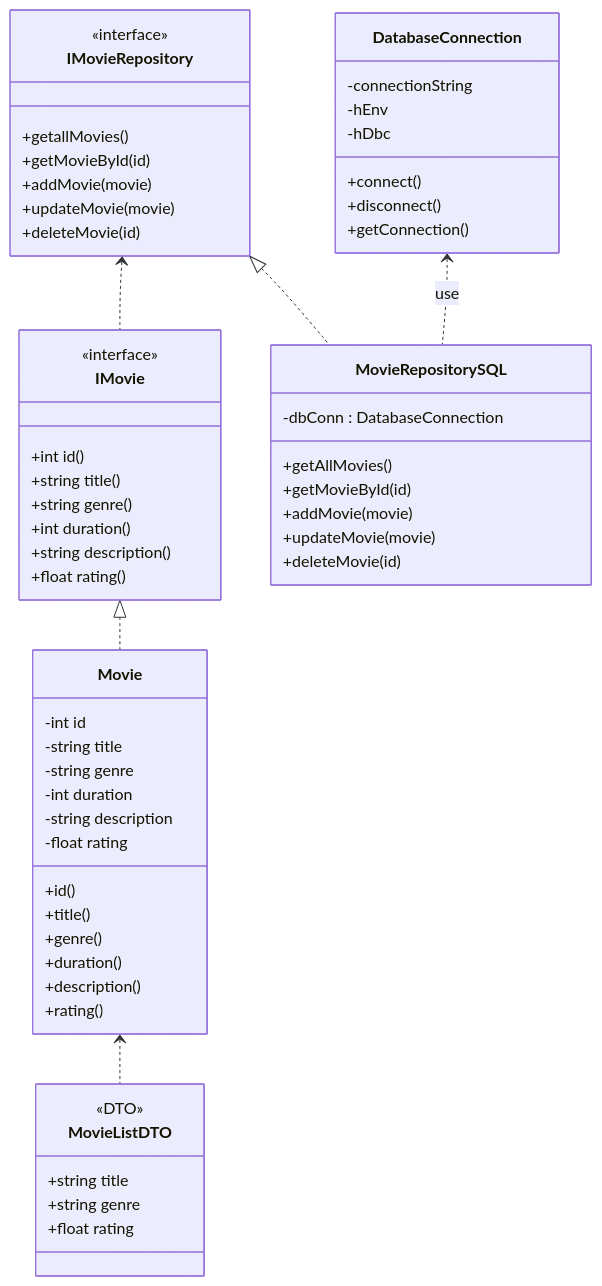
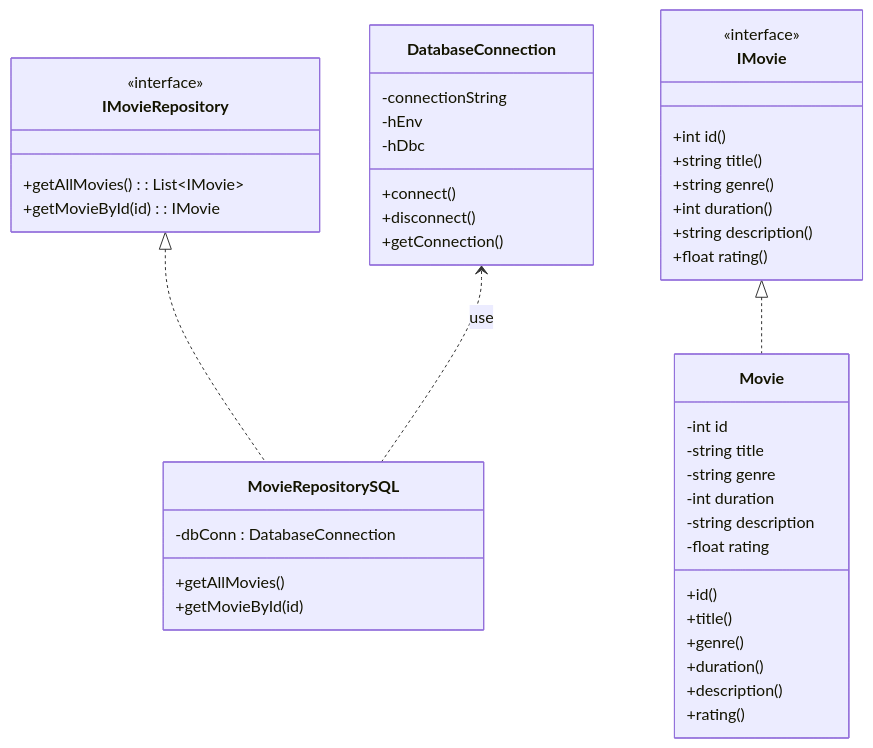
Before and after one commit to kqanGit/MovieTicketBookingSystem: the diagram in diagram/ClassDiagram_MovieTicketBookingSystem.md, drawn with Mermaid. The commit also changed 9 other files, not shown here.

````diff
--- a/diagram/ClassDiagram_MovieTicketBookingSystem.md
+++ b/diagram/ClassDiagram_MovieTicketBookingSystem.md
@@ -1,68 +1,53 @@
 ```mermaid
 classDiagram
     class DatabaseConnection {
         +connect()
         +disconnect()
         +getConnection()
         -connectionString
         -hEnv
         -hDbc
     }
 
     class IMovie {
         <<interface>>
         +int id()
         +string title()
         +string genre()
         +int duration()
         +string description()
         +float rating()
     }
 
     class Movie {
         -int id
         -string title
         -string genre
         -int duration
         -string description
         -float rating
         +id()
         +title()
         +genre()
         +duration()
         +description()
         +rating()
     }
 
     class IMovieRepository {
         <<interface>>
-        +getallMovies()
-        +getMovieById(id)
-        +addMovie(movie)
-        +updateMovie(movie)
-        +deleteMovie(id)
+        +getAllMovies() : List~IMovie~
+        +getMovieById(id) : IMovie
     }
 
     class MovieRepositorySQL {
         -dbConn : DatabaseConnection
         +getAllMovies()
         +getMovieById(id)
-        +addMovie(movie)
-        +updateMovie(movie)
-        +deleteMovie(id)
-    }
-
-    class MovieListDTO {
-        <<DTO>>
-        +string title
-        +string genre
-        +float rating
     }
 
     IMovie <|.. Movie
     IMovieRepository <|.. MovieRepositorySQL
-    Movie <.. MovieListDTO
     DatabaseConnection <.. MovieRepositorySQL : use
-    IMovieRepository <.. IMovie
 
 ```
````
